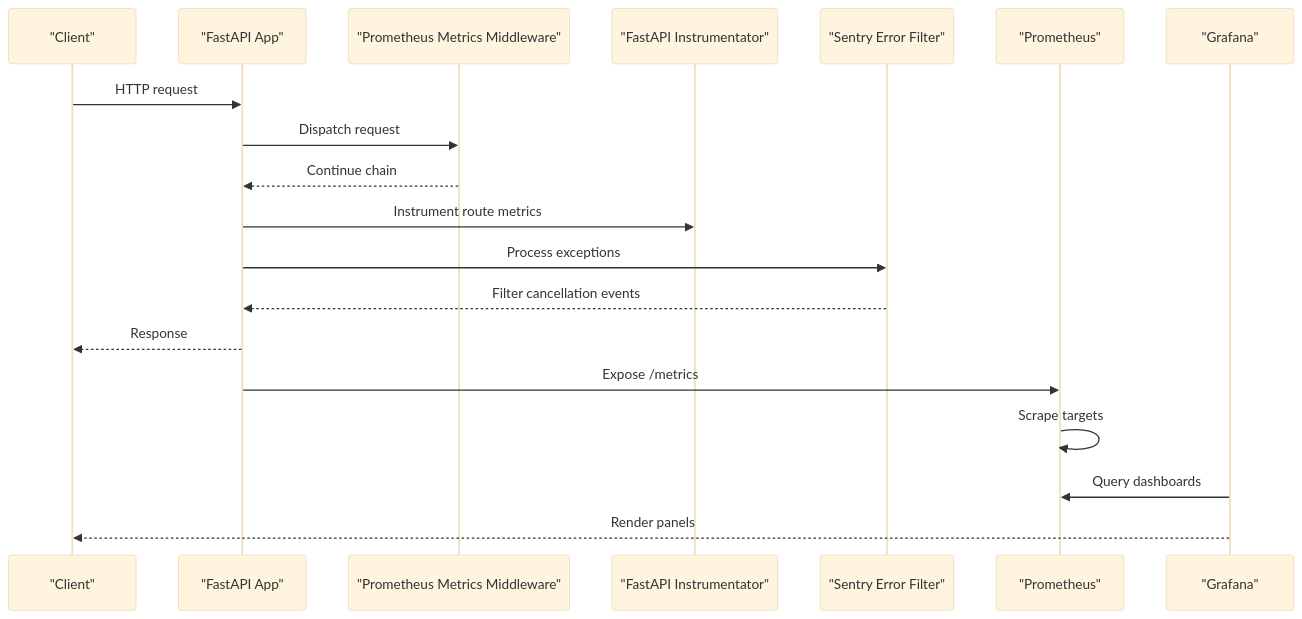
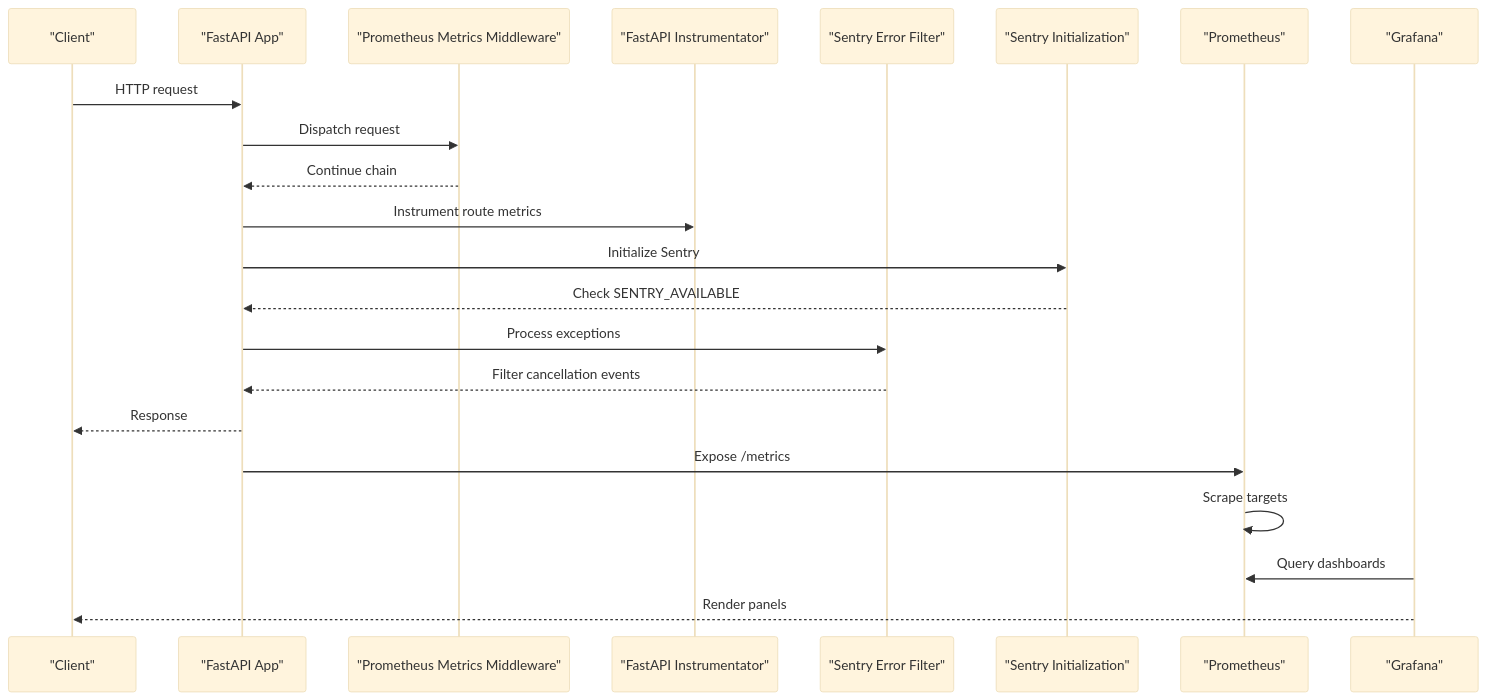
One commit to rohitkumarnaidu/-Auto-AI-Automated-Academic-Docx-Manuscript-Formatter changed the second of 10 diagrams in .qoder/repowiki/en/content/Backend Development/Monitoring & Metrics.md. Above: the diagram before and after it, drawn with Mermaid (base theme). The commit also changed other lines of this file and 160 other files, not shown here.

````diff
--- a/.qoder/repowiki/en/content/Backend Development/Monitoring & Metrics.md
+++ b/.qoder/repowiki/en/content/Backend Development/Monitoring & Metrics.md
@@ -143,21 +173,24 @@
 ```mermaid
 sequenceDiagram
 participant Client as "Client"
 participant App as "FastAPI App"
 participant PromMW as "Prometheus Metrics Middleware"
 participant Inst as "FastAPI Instrumentator"
 participant Sentry as "Sentry Error Filter"
+participant SentryInit as "Sentry Initialization"
 participant Prom as "Prometheus"
 participant Graf as "Grafana"
 Client->>App : HTTP request
 App->>PromMW : Dispatch request
 PromMW-->>App : Continue chain
 App->>Inst : Instrument route metrics
+App->>SentryInit : Initialize Sentry
+SentryInit-->>App : Check SENTRY_AVAILABLE
 App->>Sentry : Process exceptions
 Sentry-->>App : Filter cancellation events
 App-->>Client : Response
 App->>Prom : Expose /metrics
 Prom->>Prom : Scrape targets
 Graf->>Prom : Query dashboards
 Graf-->>Client : Render panels
 ```
````
